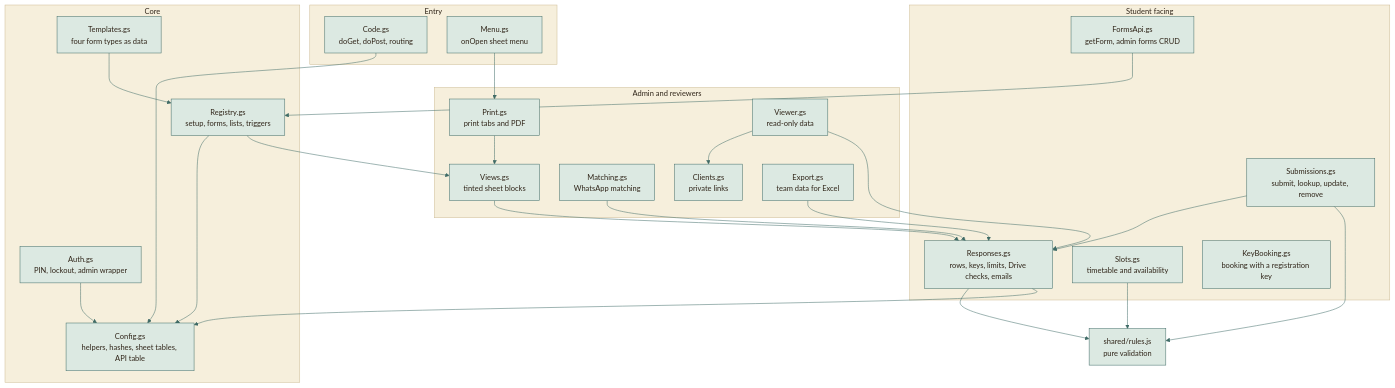
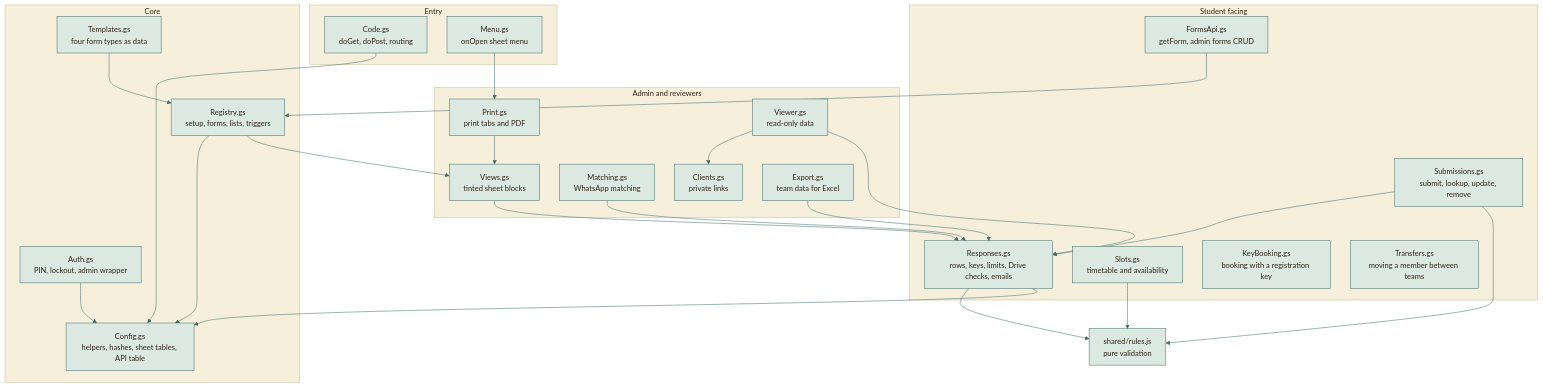
One commit to moyeh04/forms-platform changed the ninth of 12 diagrams in docs/architecture/ARCHITECTURE.md. Above: the diagram before and after it, drawn with Mermaid. The commit also changed other lines of this file and 6 other files, not shown here.

First line of the commit message:
docs: Describe moving a member between teams

````diff
--- a/docs/architecture/ARCHITECTURE.md
+++ b/docs/architecture/ARCHITECTURE.md
@@ -537,76 +537,77 @@
 ```mermaid
 %%{init: {
   'theme': 'base',
   'themeVariables': {
     'fontFamily': 'ui-sans-serif, system-ui, -apple-system, Segoe UI, Roboto, sans-serif',
     'fontSize': '15px',
     'primaryColor': '#DCE9E2', 'primaryBorderColor': '#3F6B66', 'primaryTextColor': '#2F2418',
     'secondaryColor': '#F0E4C8', 'secondaryBorderColor': '#C9A24A', 'secondaryTextColor': '#2F2418',
     'tertiaryColor': '#F6EFDC', 'tertiaryBorderColor': '#CDBB94', 'tertiaryTextColor': '#2F2418',
     'lineColor': '#3F6B66', 'textColor': '#2F2418', 'mainBkg': '#DCE9E2', 'nodeBorder': '#3F6B66',
     'clusterBkg': '#F6EFDC', 'clusterBorder': '#CDBB94', 'titleColor': '#2F2418',
     'edgeLabelBackground': '#F8F1DD',
     'actorBkg': '#DCE9E2', 'actorBorder': '#3F6B66', 'actorTextColor': '#2F2418', 'actorLineColor': '#8FB3AB',
     'signalColor': '#477A73', 'signalTextColor': '#477A73',
     'labelBoxBkgColor': '#F0E4C8', 'labelBoxBorderColor': '#C9A24A', 'labelTextColor': '#2F2418', 'loopTextColor': '#6A5A44',
     'noteBkgColor': '#FBEFC9', 'noteBorderColor': '#C9A24A', 'noteTextColor': '#2F2418',
     'activationBkgColor': '#DCE9E2', 'activationBorderColor': '#3F6B66', 'sequenceNumberColor': '#F8F1DD',
     'transitionColor': '#3F6B66', 'stateLabelColor': '#2F2418', 'stateBkg': '#DCE9E2', 'altBackground': '#F6EFDC',
     'attributeBackgroundColorOdd': '#F8F1DD', 'attributeBackgroundColorEven': '#F0E4C8'
   },
   'flowchart': {'curve': 'basis', 'padding': 14, 'nodeSpacing': 40, 'rankSpacing': 46},
   'sequence': {'mirrorActors': false, 'messageMargin': 34, 'boxMargin': 8}
 }}%%
 flowchart TD
     subgraph entry["Entry"]
         Code["Code.gs<br/>doGet, doPost, routing"]
         Menu["Menu.gs<br/>onOpen sheet menu"]
     end
     subgraph core["Core"]
         Config["Config.gs<br/>helpers, hashes, sheet tables, API table"]
         Auth["Auth.gs<br/>PIN, lockout, admin wrapper"]
         Registry["Registry.gs<br/>setup, forms, lists, triggers"]
         Templates["Templates.gs<br/>four form types as data"]
     end
     subgraph public["Student facing"]
         FormsApi["FormsApi.gs<br/>getForm, admin forms CRUD"]
         Submissions["Submissions.gs<br/>submit, lookup, update, remove"]
         Responses["Responses.gs<br/>rows, keys, limits, Drive checks, emails"]
         Slots["Slots.gs<br/>timetable and availability"]
         KeyBooking["KeyBooking.gs<br/>booking with a registration key"]
+        Transfers["Transfers.gs<br/>moving a member between teams"]
     end
     subgraph admin["Admin and reviewers"]
         Views["Views.gs<br/>tinted sheet blocks"]
         Print["Print.gs<br/>print tabs and PDF"]
         Matching["Matching.gs<br/>WhatsApp matching"]
         Clients["Clients.gs<br/>private links"]
         Viewer["Viewer.gs<br/>read-only data"]
         Export["Export.gs<br/>team data for Excel"]
     end
     Rules["shared/rules.js<br/>pure validation"]
 
     Code --> Config
     Auth --> Config
     Registry --> Config
     FormsApi --> Registry
     Submissions --> Responses
     Submissions --> Rules
     Responses --> Rules
     Responses --> Config
     Slots --> Rules
     Views --> Responses
     Print --> Views
     Matching --> Responses
     Viewer --> Clients
     Viewer --> Responses
     Export --> Responses
     Templates --> Registry
     Menu --> Print
     Registry --> Views
     classDef cDb fill:#F3E2B3,stroke:#B8892D,stroke-width:1.5px,color:#2F2418
     classDef cActor fill:#F4D9D3,stroke:#9A3328,stroke-width:1.5px,color:#2F2418
     classDef cDec fill:#FBEFC9,stroke:#C9A24A,stroke-width:1.5px,color:#2F2418
     classDef cEnd fill:#2F2418,stroke:#2F2418,color:#F8F1DD
     classDef cErr fill:#F6D5CF,stroke:#A12B1F,stroke-width:1.5px,color:#5A140C
     classDef cOk fill:#BFD9CF,stroke:#2E5A55,stroke-width:1.5px,color:#17302D
 ```
````
